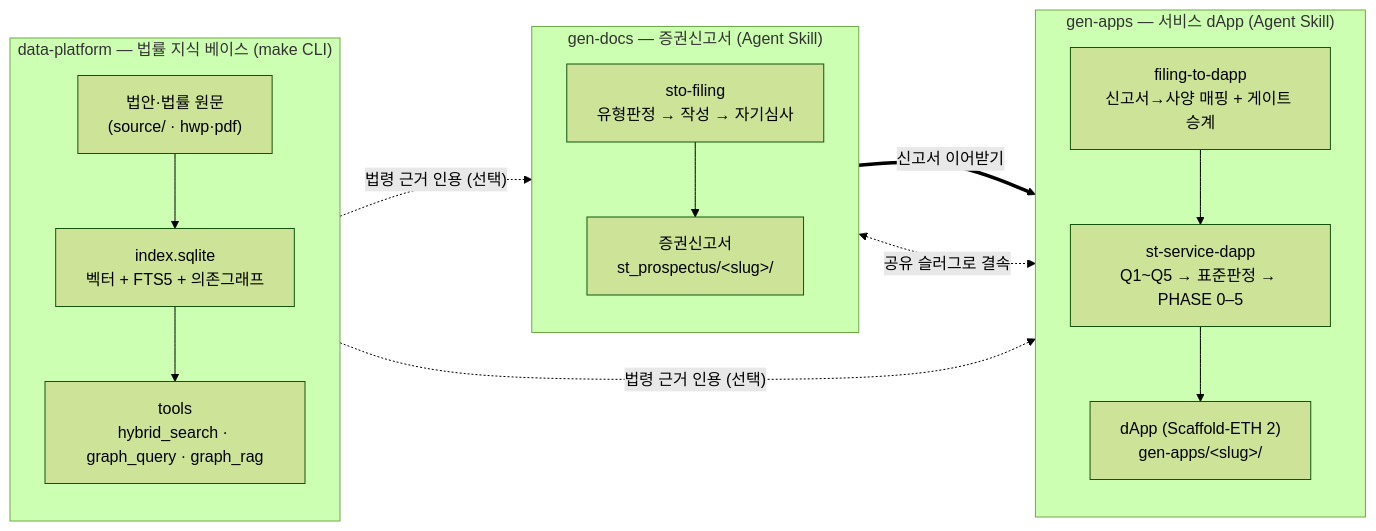
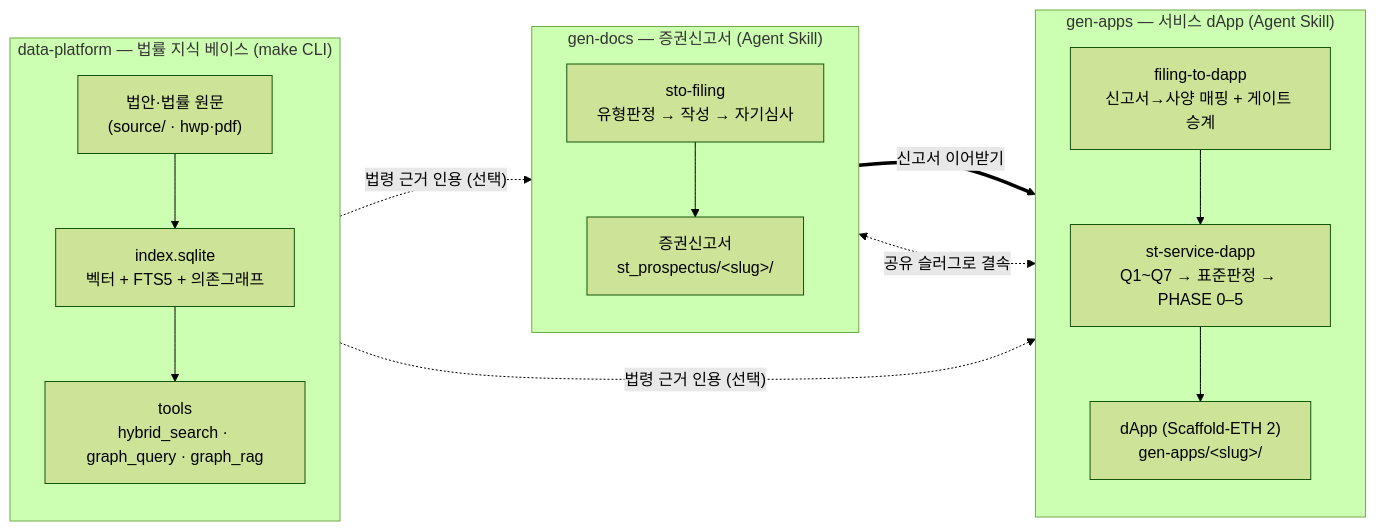
The first of 5 diagrams in ARCHITECTURE.md (fistline/2026BCMD), drawn with Mermaid (forest theme) before and after one commit. The commit also changed other lines of this file and 1 other file, not shown here.

````diff
--- a/ARCHITECTURE.md
+++ b/ARCHITECTURE.md
@@ -11,21 +11,21 @@
 ```mermaid
 flowchart LR
   subgraph DP["data-platform — 법률 지식 베이스 (make CLI)"]
     direction TB
     src["법안·법률 원문<br/>(source/ · hwp·pdf)"] --> idx["index.sqlite<br/>벡터 + FTS5 + 의존그래프"]
     idx --> tl["tools<br/>hybrid_search · graph_query · graph_rag"]
   end
   subgraph GD["gen-docs — 증권신고서 (Agent Skill)"]
     direction TB
     sf["sto-filing<br/>유형판정 → 작성 → 자기심사"] --> fl["증권신고서<br/>st_prospectus/&lt;slug&gt;/"]
   end
   subgraph GA["gen-apps — 서비스 dApp (Agent Skill)"]
     direction TB
-    fd["filing-to-dapp<br/>신고서→사양 매핑 + 게이트 승계"] --> sd["st-service-dapp<br/>Q1~Q5 → 표준판정 → PHASE 0–5"]
+    fd["filing-to-dapp<br/>신고서→사양 매핑 + 게이트 승계"] --> sd["st-service-dapp<br/>Q1~Q7 → 표준판정 → PHASE 0–5"]
     sd --> dp2["dApp (Scaffold-ETH 2)<br/>gen-apps/&lt;slug&gt;/"]
   end
   tl -. "법령 근거 인용 (선택)" .-> sf
   tl -. "법령 근거 인용 (선택)" .-> sd
   fl ==>|"신고서 이어받기"| fd
   fl <-. "공유 슬러그로 결속" .-> dp2
 ```
````
